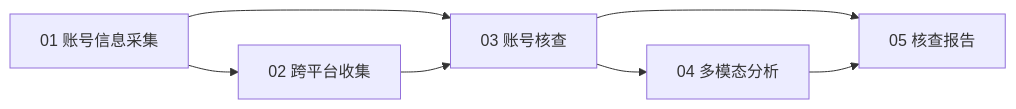
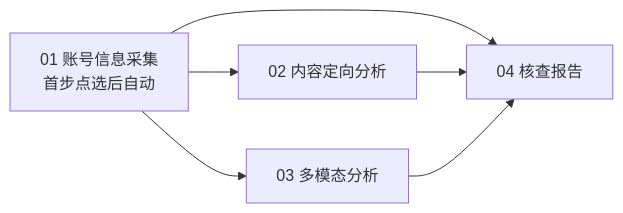
The diagram in docs/平台总览与框架设计.md (shanzhuZ/hermes-xa), drawn with Mermaid before and after one commit. The commit also changed other lines of this file and 35 other files, not shown here.

````diff
--- a/docs/平台总览与框架设计.md
+++ b/docs/平台总览与框架设计.md
@@ -195,9 +204,8 @@
 ```mermaid
 flowchart LR
-    A[01 账号信息采集] --> B[02 跨平台收集]
-    A --> C[03 账号核查]
-    B --> C
-    C --> D[04 多模态分析]
-    C --> E[05 核查报告]
-    D --> E
+    A[01 账号信息采集<br/>首步点选后自动] --> B[02 内容定向分析]
+    A --> C[03 多模态分析]
+    A --> D[04 核查报告]
+    B --> D
+    C --> D
 ```
````
